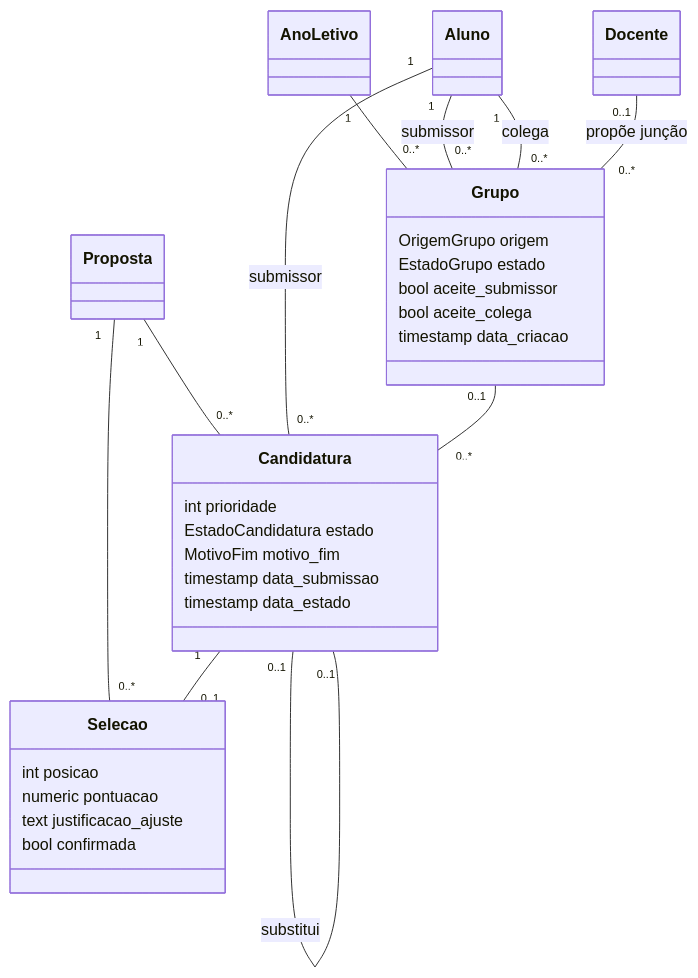
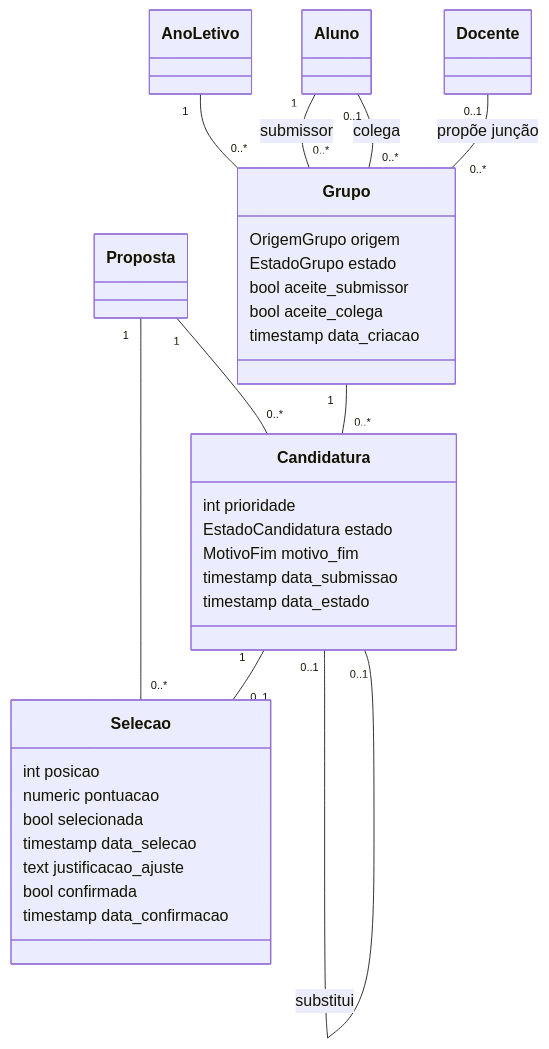
One commit to ULHT-TFC-new/tfc-avaliacao-reporting changed the fourth of 6 diagrams in docs/03_modelo_de_dados.md. Above: the diagram before and after it, drawn with Mermaid. The commit also changed other lines of this file, not shown here.

````diff
--- a/docs/03_modelo_de_dados.md
+++ b/docs/03_modelo_de_dados.md
@@ -209,34 +209,36 @@
 ```mermaid
 classDiagram
     class Grupo {
         OrigemGrupo origem
         EstadoGrupo estado
         bool aceite_submissor
         bool aceite_colega
         timestamp data_criacao
     }
     class Candidatura {
         int prioridade
         EstadoCandidatura estado
         MotivoFim motivo_fim
         timestamp data_submissao
         timestamp data_estado
     }
     class Selecao {
         int posicao
         numeric pontuacao
+        bool selecionada
+        timestamp data_selecao
         text justificacao_ajuste
         bool confirmada
+        timestamp data_confirmacao
     }
 
     AnoLetivo "1" -- "0..*" Grupo
     Aluno "1" -- "0..*" Grupo : submissor
-    Aluno "1" -- "0..*" Grupo : colega
+    Aluno "0..1" -- "0..*" Grupo : colega
     Docente "0..1" -- "0..*" Grupo : propõe junção
     Proposta "1" -- "0..*" Candidatura
-    Aluno "1" -- "0..*" Candidatura : submissor
-    Grupo "0..1" -- "0..*" Candidatura
+    Grupo "1" -- "0..*" Candidatura
     Candidatura "0..1" -- "0..1" Candidatura : substitui
     Proposta "1" -- "0..*" Selecao
     Candidatura "1" -- "0..1" Selecao
 ```
````
